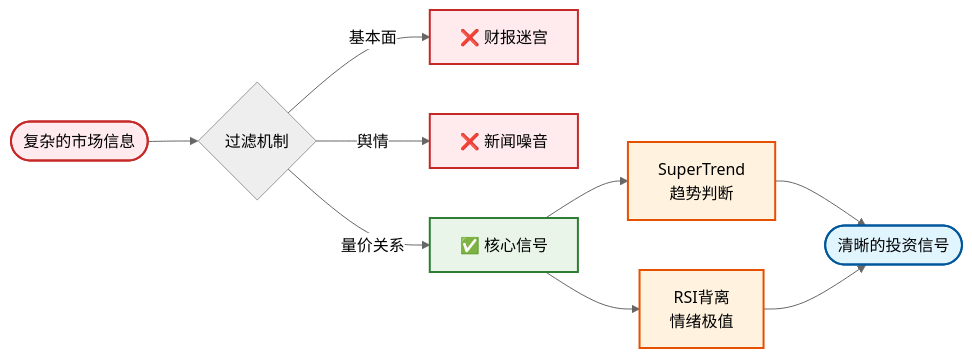
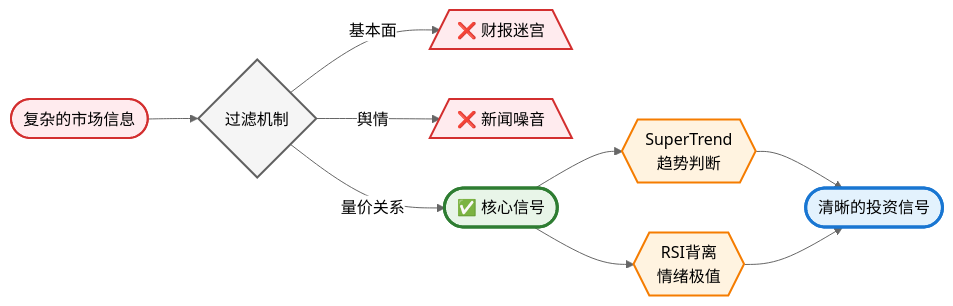
Before and after one commit to jerlinn/PulseTrader: the third of 3 diagrams in Readme.md, drawn with Mermaid (neutral theme). The commit also changed other lines of this file and 13 other files, not shown here.

````diff
--- a/Readme.md
+++ b/Readme.md
@@ -100,20 +174,38 @@
 ```mermaid
 graph LR
-    A([复杂的市场信息]) --> B{过滤机制}
-    B --> |基本面| C[❌ 财报迷宫]
-    B --> |舆情| D[❌ 新闻噪音] 
-    B --> |量价关系| E[✅ 核心信号]
+    %% 输入层 - 圆角矩形表示复杂信息
+    COMPLEX([复杂的市场信息]) --> FILTER{过滤机制}
     
-    E --> F[SuperTrend<br/>趋势判断]
-    E --> G[RSI背离<br/>情绪极值]
-    F --> H([清晰的投资信号])
-    G --> H
+    %% 过滤分支 - 菱形决策节点
+    FILTER --> |基本面| NOISE1[/❌ 财报迷宫\]
+    FILTER --> |舆情| NOISE2[/❌ 新闻噪音\] 
+    FILTER --> |量价关系| CORE([✅ 核心信号])
     
-    style A fill:#ffebee,stroke:#c62828,stroke-width:2px
-    style C fill:#ffebee,stroke:#c62828,stroke-width:2px
-    style D fill:#ffebee,stroke:#c62828,stroke-width:2px
-    style E fill:#e8f5e8,stroke:#2e7d32,stroke-width:2px
-    style F fill:#fff3e0,stroke:#e65100,stroke-width:2px
-    style G fill:#fff3e0,stroke:#e65100,stroke-width:2px
-    style H fill:#e1f5fe,stroke:#01579b,stroke-width:2px
+    %% 核心分析层 - 六边形表示处理引擎
+    CORE --> TREND{{SuperTrend<br/>趋势判断}}
+    CORE --> RSI_DIV{{RSI背离<br/>情绪极值}}
+    
+    %% 输出层 - 圆角矩形表示最终结果
+    TREND --> SIGNAL([清晰的投资信号])
+    RSI_DIV --> SIGNAL
+    
+    %% 噪音信息样式 - 红色系，表示要过滤的信息
+    classDef noiseLayer fill:#ffebee,stroke:#d32f2f,stroke-width:2px,color:#000
+    class COMPLEX,NOISE1,NOISE2 noiseLayer
+    
+    %% 过滤决策样式 - 灰色系
+    classDef filterLayer fill:#f5f5f5,stroke:#616161,stroke-width:2px,color:#000
+    class FILTER filterLayer
+    
+    %% 核心信号样式 - 绿色系，表示有价值的信息
+    classDef coreLayer fill:#e8f5e8,stroke:#2e7d32,stroke-width:3px,color:#000
+    class CORE coreLayer
+    
+    %% 分析引擎样式 - 橙色系
+    classDef engineLayer fill:#fff3e0,stroke:#f57c00,stroke-width:2px,color:#000
+    class TREND,RSI_DIV engineLayer
+    
+    %% 最终输出样式 - 蓝色系，加粗表示重要性
+    classDef outputLayer fill:#e3f2fd,stroke:#1976d2,stroke-width:3px,color:#000
+    class SIGNAL outputLayer
 ```
````
